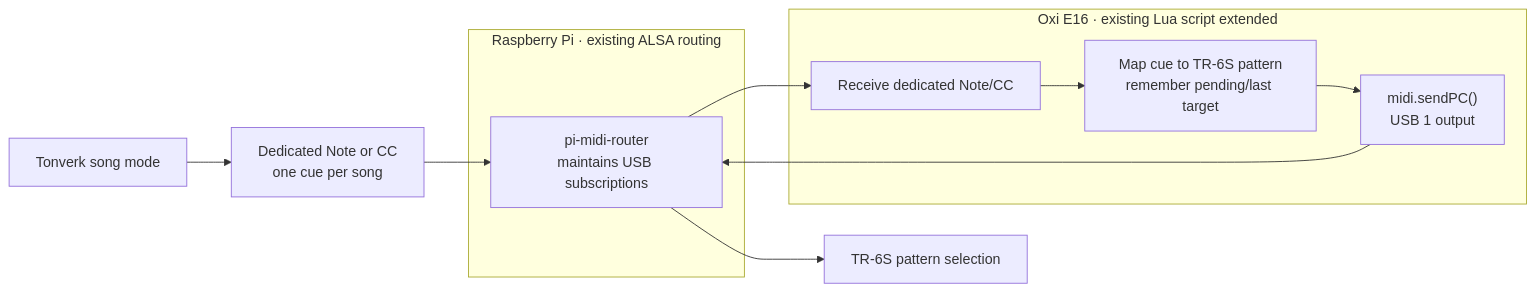
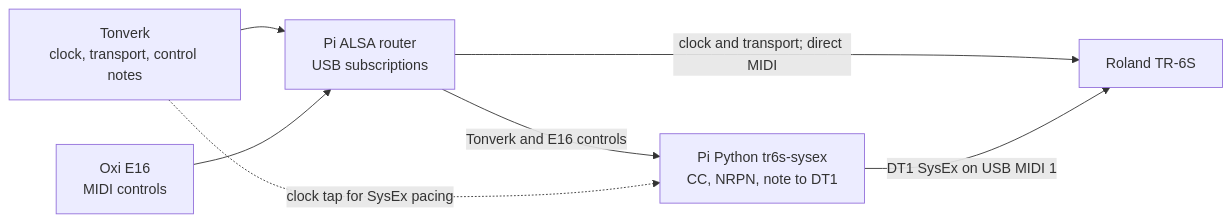
The diagram in docs/live-rig/tonverk-tr6s-song-pattern-sync.md (LeaveTheCapital/tda), drawn with Mermaid before and after one commit. The commit also changed other lines of this file and 5 other files, not shown here.

Commit message:
Document Pi Python TR-6S bridge

````diff
--- a/docs/live-rig/tonverk-tr6s-song-pattern-sync.md
+++ b/docs/live-rig/tonverk-tr6s-song-pattern-sync.md
@@ -108,25 +22,15 @@
-```mermaid
+~~~mermaid
 flowchart LR
-    TONVERK_SONG["Tonverk song mode"]
-    TONVERK_CUE["Dedicated Note or CC<br/>one cue per song"]
+    TONVERK["Tonverk<br/>clock, transport, control notes"]
+    E16["Oxi E16<br/>MIDI controls"]
+    ROUTER["Pi ALSA router<br/>USB subscriptions"]
+    BRIDGE["Pi Python tr6s-sysex<br/>CC, NRPN, note to DT1"]
+    TR6S["Roland TR-6S"]
 
-    subgraph PI_ROUTING["Raspberry Pi · existing ALSA routing"]
-        ALSA_ROUTER["pi-midi-router<br/>maintains USB subscriptions"]
-    end
-
-    subgraph E16_PROCESSING["Oxi E16 · existing Lua script extended"]
-        LUA_INPUT["Receive dedicated Note/CC"]
-        SONG_MAP["Map cue to TR-6S pattern<br/>remember pending/last target"]
-        LUA_PC["midi.sendPC()<br/>USB 1 output"]
-    end
-
-    TR6S_PATTERN["TR-6S pattern selection"]
-
-    TONVERK_SONG --> TONVERK_CUE
-    TONVERK_CUE --> ALSA_ROUTER
-    ALSA_ROUTER --> LUA_INPUT
-    LUA_INPUT --> SONG_MAP
-    SONG_MAP --> LUA_PC
-    LUA_PC --> ALSA_ROUTER
-    ALSA_ROUTER --> TR6S_PATTERN
-```
+    TONVERK --> ROUTER
+    E16 --> ROUTER
+    ROUTER -->|"clock and transport; direct MIDI"| TR6S
+    ROUTER -->|"Tonverk and E16 controls"| BRIDGE
+    TONVERK -.->|"clock tap for SysEx pacing"| BRIDGE
+    BRIDGE -->|"DT1 SysEx on USB MIDI 1"| TR6S
+~~~
````
